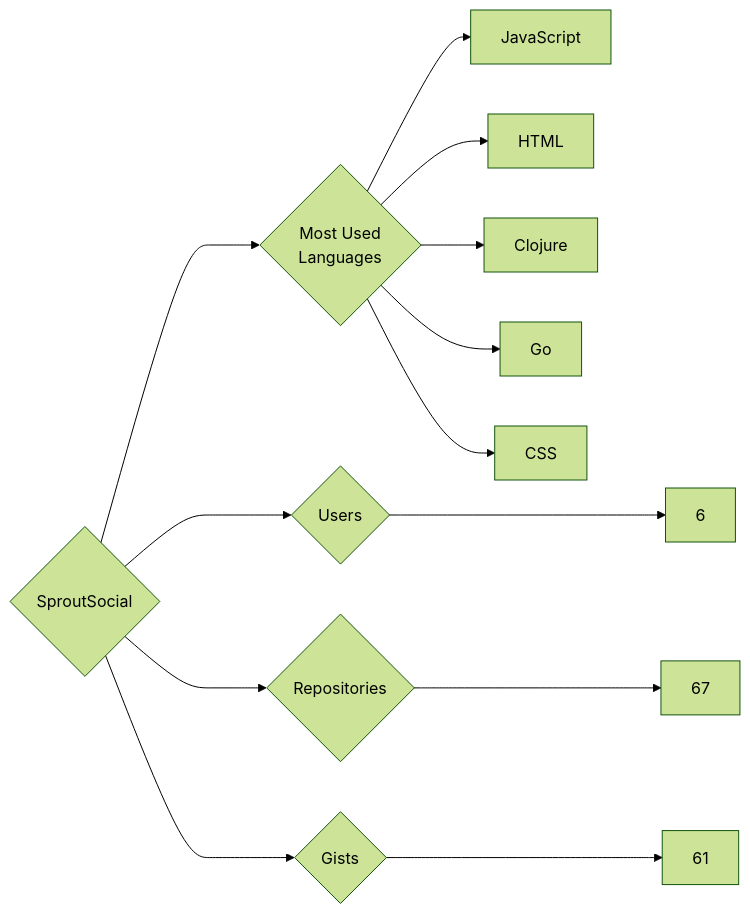
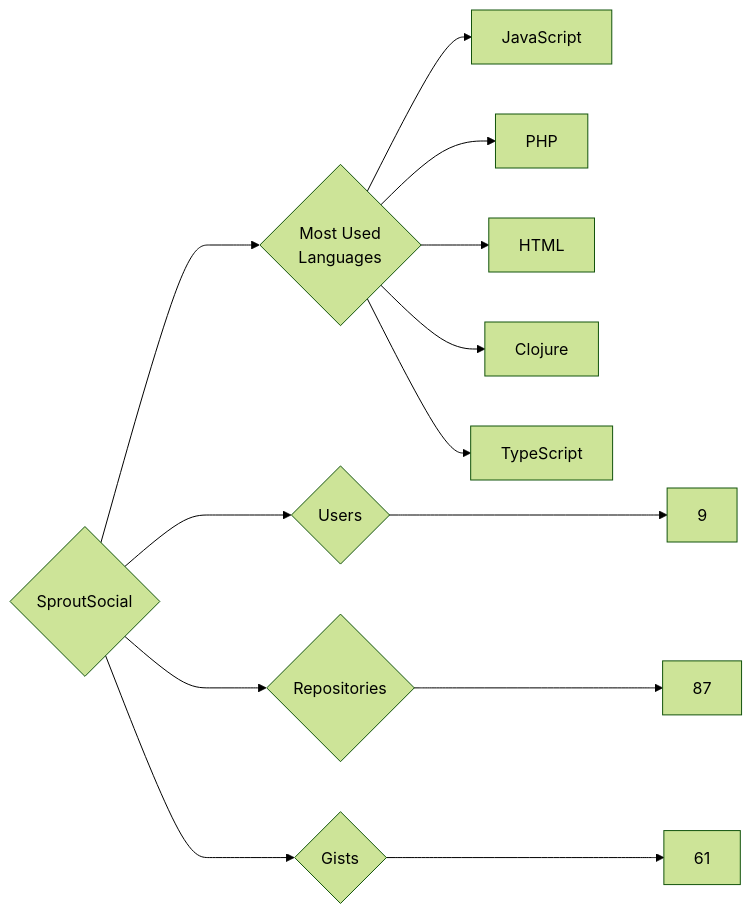
Before and after one commit to trickest/insiders: the diagram in targets/SproutSocial/README.md, drawn with Mermaid (forest theme). The commit also changed 1389 other files, not shown here.

````diff
--- a/targets/SproutSocial/README.md
+++ b/targets/SproutSocial/README.md
@@ -3,13 +3,13 @@
 ```mermaid
 graph LR
 COMPANY_NAME{SproutSocial}
-COMPANY_NAME ---> U{Users} ---> UN[6]
-COMPANY_NAME ---> R{Repositories} ---> RN[67]
+COMPANY_NAME ---> U{Users} ---> UN[9]
+COMPANY_NAME ---> R{Repositories} ---> RN[87]
 COMPANY_NAME ---> G{Gists} ---> GN[61]
 COMPANY_NAME ---> ML{Most Used<br>Languages}
 ML --> JavaScript[JavaScript]
+ML --> PHP[PHP]
 ML --> HTML[HTML]
 ML --> Clojure[Clojure]
-ML --> Go[Go]
-ML --> CSS[CSS]
+ML --> TypeScript[TypeScript]
 ```
````
